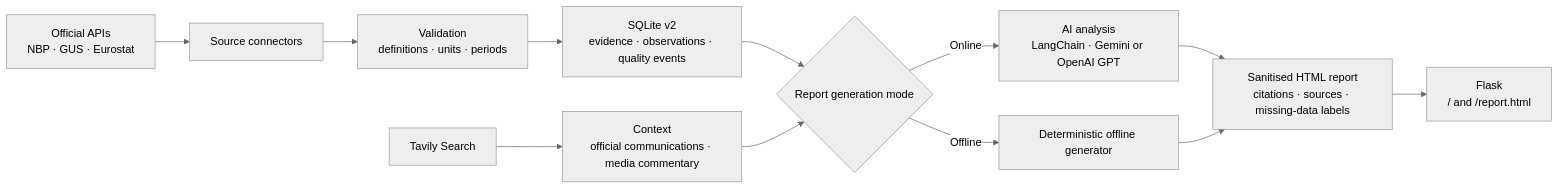
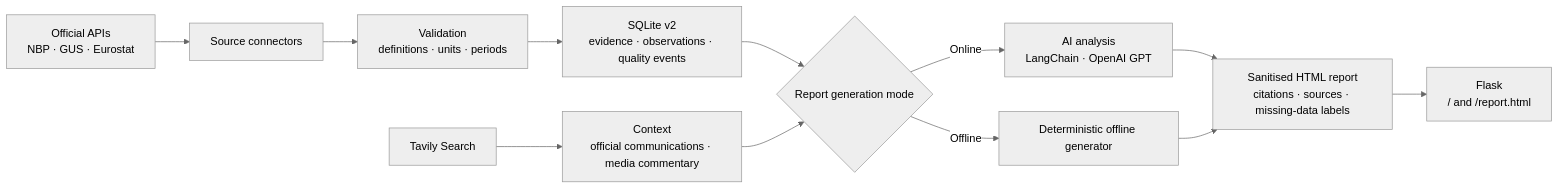
The first of 2 diagrams in README.md (maciejkubek-maker/polish-economy-agent), drawn with Mermaid (neutral theme) before and after one commit. The commit also changed other lines of this file and 15 other files, not shown here.

Commit message:
refactor: use OpenAI GPT as sole AI provider

````diff
--- a/README.md
+++ b/README.md
@@ -28,16 +28,16 @@
 ```mermaid
 flowchart LR
     Official["Official APIs<br/>NBP · GUS · Eurostat"] --> Connectors["Source connectors"]
     Connectors --> Validation["Validation<br/>definitions · units · periods"]
     Validation --> SQLite["SQLite v2<br/>evidence · observations · quality events"]
 
     Tavily["Tavily Search"] --> Context["Context<br/>official communications · media commentary"]
 
     SQLite --> Mode{"Report generation mode"}
     Context --> Mode
-    Mode -->|Online| AI["AI analysis<br/>LangChain · Gemini or OpenAI GPT"]
+    Mode -->|Online| AI["AI analysis<br/>LangChain · OpenAI GPT"]
     Mode -->|Offline| Offline["Deterministic offline generator"]
     AI --> HTML["Sanitised HTML report<br/>citations · sources · missing-data labels"]
     Offline --> HTML
     HTML --> Flask["Flask<br/>/ and /report.html"]
 ```
````
